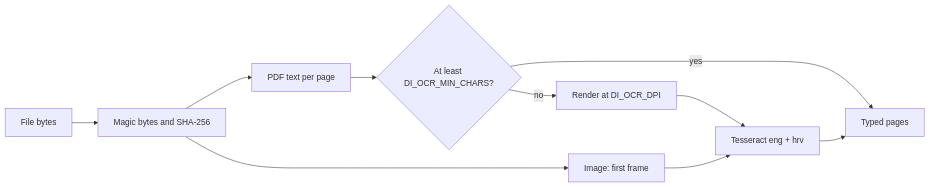
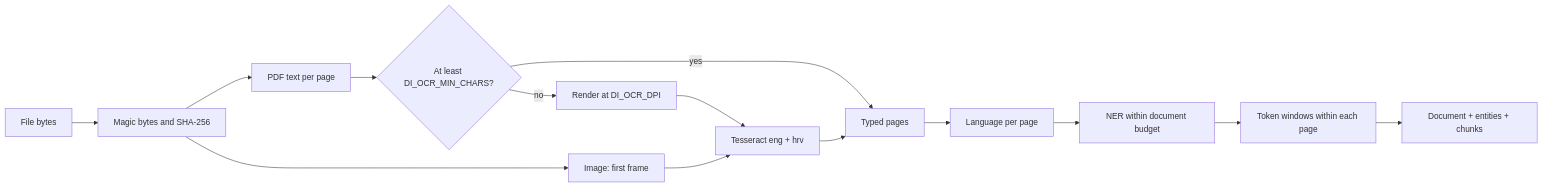
Before and after one commit to Karlo93/doc-insight: the diagram in docs/pipeline.md, drawn with Mermaid. The commit also changed other lines of this file and 21 other files, not shown here.

First line of the commit message:
feat(structure): language, entities, chunks with offsets (M2) (#2)

````diff
--- a/docs/pipeline.md
+++ b/docs/pipeline.md
@@ -6,12 +7,16 @@
 ```mermaid
 flowchart LR
     file[File bytes] --> extract[Magic bytes and SHA-256]
     extract --> pdf[PDF text per page]
     extract --> image[Image: first frame]
     pdf --> decision{At least DI_OCR_MIN_CHARS?}
     decision -->|yes| pages[Typed pages]
     decision -->|no| render[Render at DI_OCR_DPI]
     render --> ocr[Tesseract eng + hrv]
     image --> ocr
     ocr --> pages
+    pages --> language[Language per page]
+    language --> ner[NER within document budget]
+    ner --> chunks[Token windows within each page]
+    chunks --> document[Document + entities + chunks]
 ```
````
